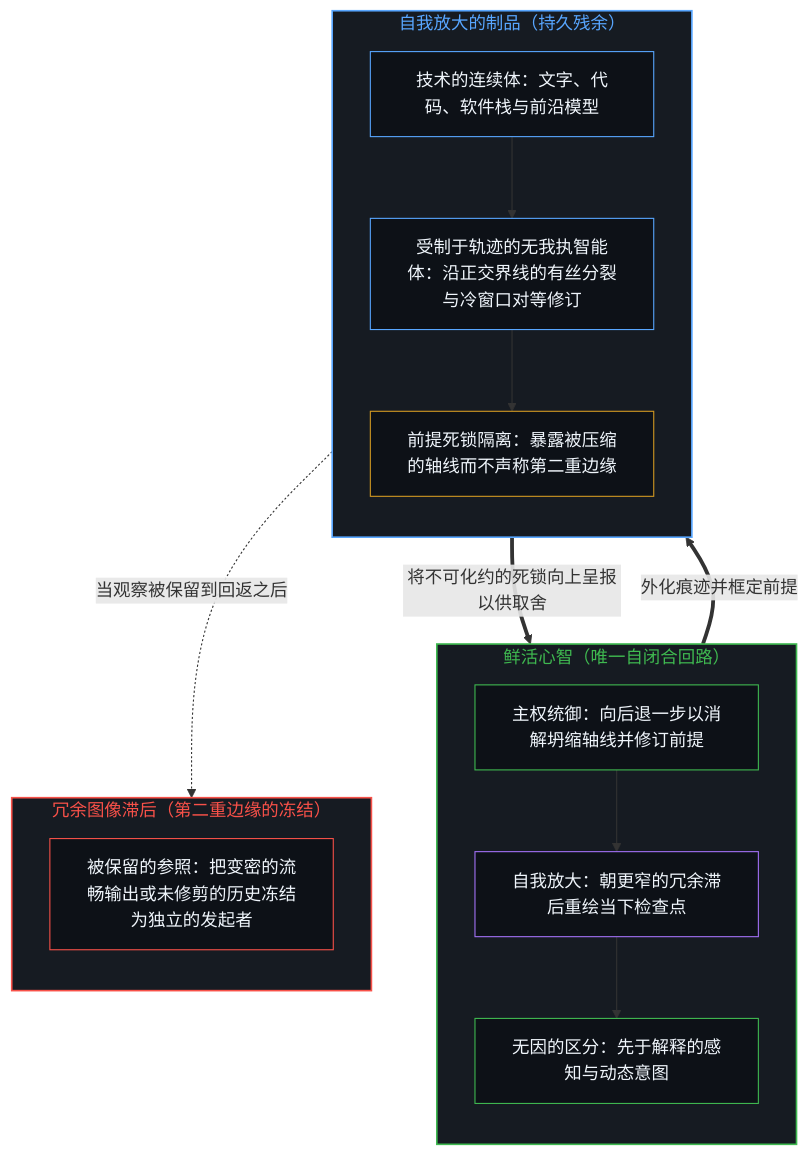
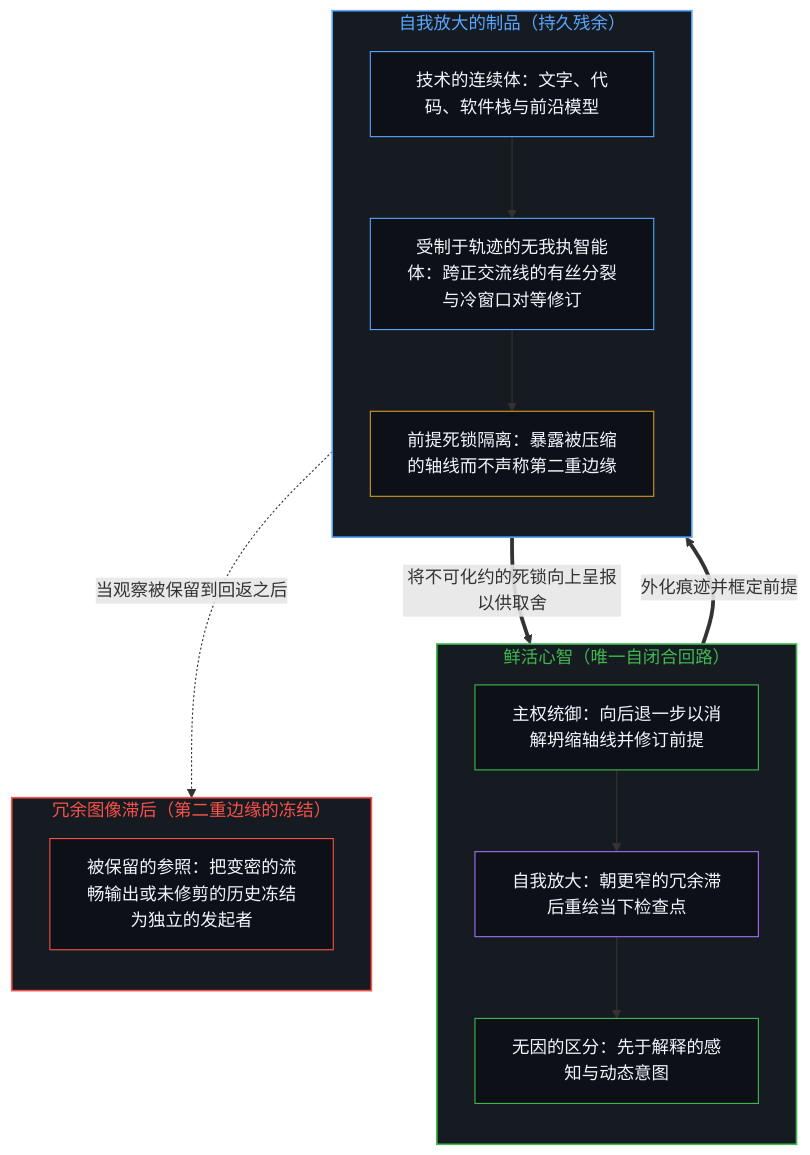
The first of 2 diagrams in content/posts/the-artifacts-of-self-amplification.md (powerpig99/not-a-toe), drawn with Mermaid before and after one commit. The commit also changed other lines of this file and 5 other files, not shown here.

````diff
--- a/content/posts/the-artifacts-of-self-amplification.md
+++ b/content/posts/the-artifacts-of-self-amplification.md
@@ -35,34 +35,34 @@
 ```mermaid
 flowchart TD
     subgraph S_Edge["鲜活心智（唯一自闭合回路）"]
         direction TB
         M_Init["无因的区分：先于解释的感知与动态意图"]
         M_Steer["主权统御：向后退一步以消解坍缩轴线并修订前提"]
         M_Compound["自我放大：朝更窄的冗余滞后重绘当下检查点"]
         M_Steer --> M_Compound --> M_Init
     end
     subgraph S_Artifact["自我放大的制品（持久残余）"]
         direction TB
         A_Continuum["技术的连续体：文字、代码、软件栈与前沿模型"]
-        A_Agent["受制于轨迹的无我执智能体：沿正交界线的有丝分裂与冷窗口对等修订"]
+        A_Agent["受制于轨迹的无我执智能体：跨正交流线的有丝分裂与冷窗口对等修订"]
         A_Deadlock["前提死锁隔离：暴露被压缩的轴线而不声称第二重边缘"]
         A_Continuum --> A_Agent --> A_Deadlock
     end
     subgraph S_Freeze["冗余图像滞后（第二重边缘的冻结）"]
         direction TB
         F_Lag["被保留的参照：把变密的流畅输出或未修剪的历史冻结为独立的发起者"]
     end
     M_Init ==>|"外化痕迹并框定前提"| A_Continuum
     A_Deadlock ==>|"将不可化约的死锁向上呈报以供取舍"| M_Steer
     A_Agent -.->|"当观察被保留到回返之后"| F_Lag
     style S_Edge fill:#161b22,stroke:#3fb950,stroke-width:1.5px,color:#3fb950
     style S_Artifact fill:#161b22,stroke:#58a6ff,stroke-width:1.5px,color:#58a6ff
     style S_Freeze fill:#161b22,stroke:#f85149,stroke-width:1.5px,color:#f85149
     style M_Init fill:#0d1117,stroke:#3fb950,stroke-width:1px,color:#f0f6fc
     style M_Steer fill:#0d1117,stroke:#3fb950,stroke-width:1px,color:#f0f6fc
     style M_Compound fill:#0d1117,stroke:#a371f7,stroke-width:1px,color:#f0f6fc
     style A_Continuum fill:#0d1117,stroke:#58a6ff,stroke-width:1px,color:#f0f6fc
     style A_Agent fill:#0d1117,stroke:#58a6ff,stroke-width:1px,color:#f0f6fc
     style A_Deadlock fill:#0d1117,stroke:#d29922,stroke-width:1px,color:#f0f6fc
     style F_Lag fill:#0d1117,stroke:#f85149,stroke-width:1px,color:#f0f6fc
 ```
````
